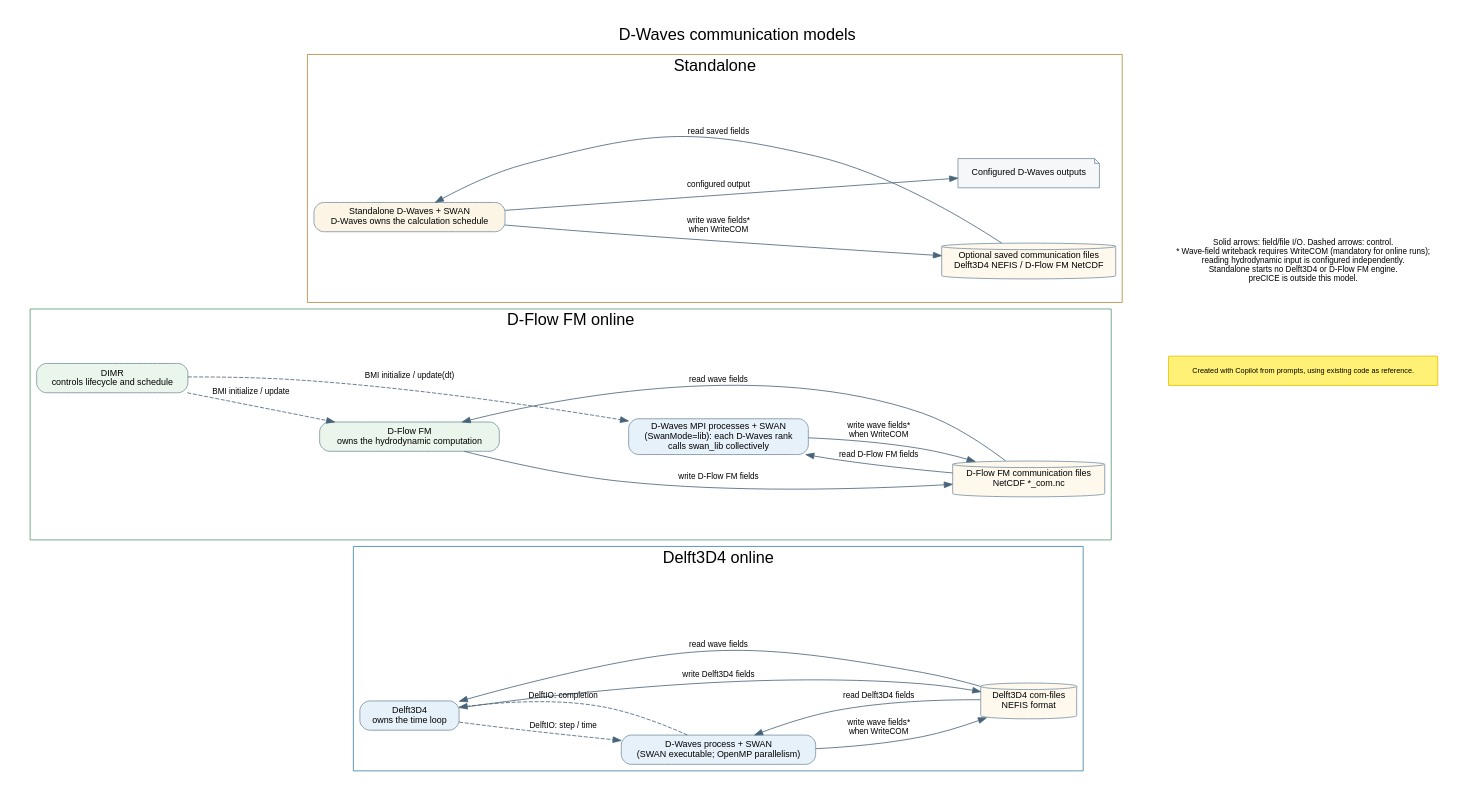
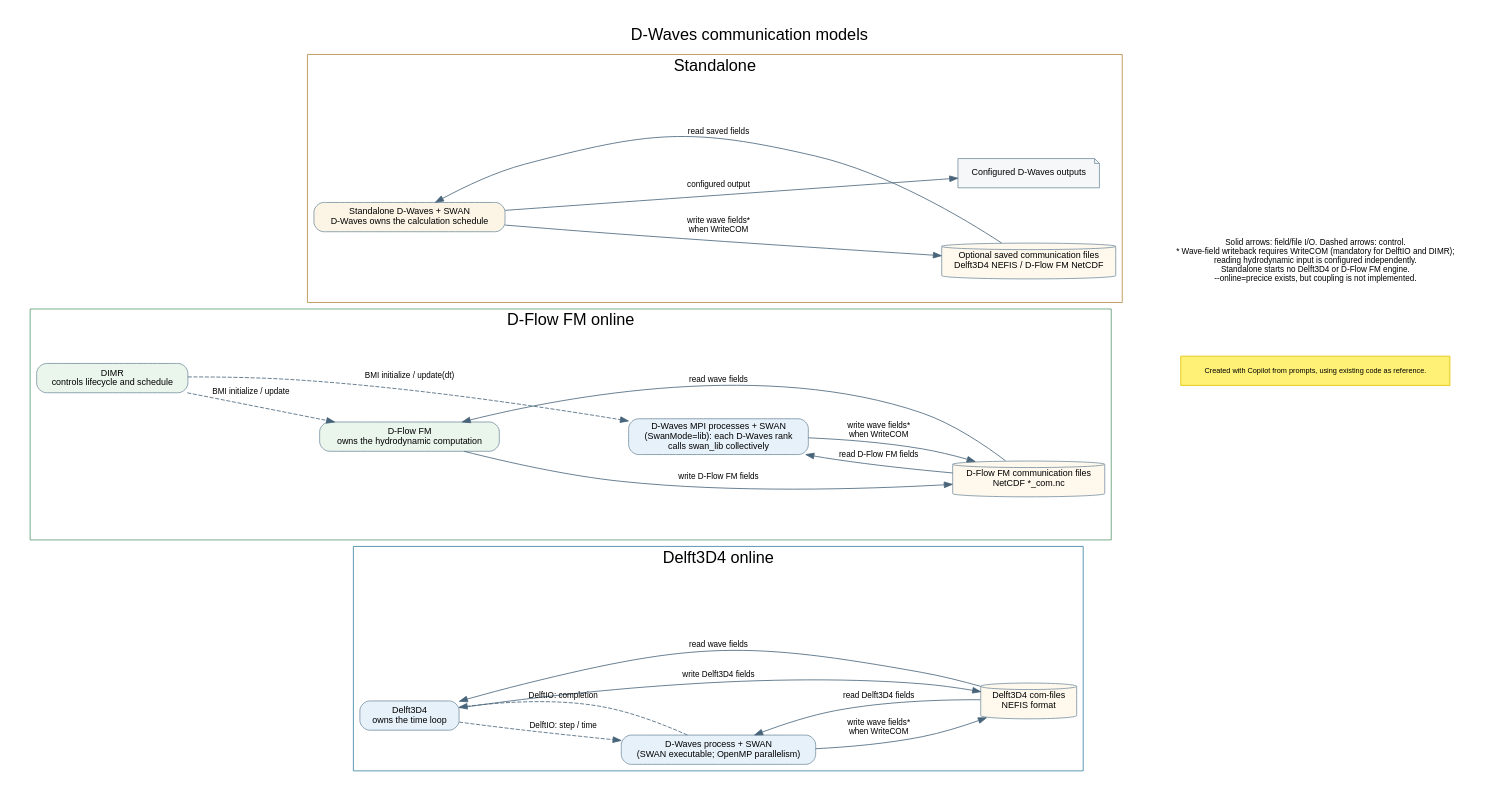
The diagram in src/engines_gpl/wave/docs/include/dwaves_communication_model.dot (Deltares/Delft3D), drawn with Graphviz before and after one commit. The commit also changed 9 other files, not shown here.

```diff
--- a/src/engines_gpl/wave/docs/include/dwaves_communication_model.dot
+++ b/src/engines_gpl/wave/docs/include/dwaves_communication_model.dot
@@ -1,69 +1,69 @@
 digraph dwaves_communication_model {
     graph [label="D-Waves communication models", labelloc=t, fontsize=20,
            fontname="Helvetica", rankdir=LR, newrank=true, nodesep=0.6, ranksep=0.65,
            pad=0.3, bgcolor="white"];
     node [shape=box, style="rounded,filled", fillcolor="#E7F1FA",
           color="#7890A2", fontname="Helvetica", fontsize=11];
     edge [fontname="Helvetica", fontsize=10, color="#48647A"];
 
     subgraph cluster_d4 {
         label="Delft3D4 online"; color="#3B82A0";
         d4 [label="Delft3D4\nowns the time loop"];
         w4 [label="D-Waves process + SWAN\n(SWAN executable; OpenMP parallelism)"];
         c4 [shape=cylinder, fillcolor="#FFF9ED",
             label="Delft3D4 com-files\nNEFIS format"];
         d4 -> w4 [style=dashed, label="DelftIO: step / time", constraint=false];
         w4 -> d4 [style=dashed, label="DelftIO: completion", constraint=false];
         d4 -> c4 [label="write Delft3D4 fields"];
         c4 -> w4 [label="read Delft3D4 fields", constraint=false];
         w4 -> c4 [label="write wave fields*\nwhen WriteCOM"];
         c4 -> d4 [label="read wave fields", constraint=false];
     }
 
     subgraph cluster_fm {
         label="D-Flow FM online"; color="#5A9A72";
         dimr [fillcolor="#EAF5EC",
               label="DIMR\ncontrols lifecycle and schedule"];
         fm [fillcolor="#EAF5EC",
             label="D-Flow FM\nowns the hydrodynamic computation"];
         wf [label="D-Waves MPI processes + SWAN\n(SwanMode=lib): each D-Waves rank\ncalls swan_lib collectively"];
         cf [shape=cylinder, fillcolor="#FFF9ED",
             label="D-Flow FM communication files\nNetCDF *_com.nc"];
         dimr -> fm [style=dashed, label="BMI initialize / update"];
         dimr -> wf [style=dashed, label="BMI initialize / update(dt)"];
         fm -> cf [label="write D-Flow FM fields"];
         cf -> wf [label="read D-Flow FM fields", constraint=false];
         wf -> cf [label="write wave fields*\nwhen WriteCOM"];
         cf -> fm [label="read wave fields", constraint=false];
     }
 
     subgraph cluster_solo {
         label="Standalone"; color="#B28B42";
         ws [fillcolor="#FCF5E6",
             label="Standalone D-Waves + SWAN\nD-Waves owns the calculation schedule"];
         cs [shape=cylinder, fillcolor="#FFF9ED",
             label="Optional saved communication files\nDelft3D4 NEFIS / D-Flow FM NetCDF"];
         os [shape=note, fillcolor="#F5F7F8", label="Configured D-Waves outputs"];
         cs -> ws [label="read saved fields", constraint=false];
         ws -> cs [label="write wave fields*\nwhen WriteCOM"];
         ws -> os [label="configured output"];
     }
 
     {rank=min; dimr;}
     {rank=same; d4; fm; ws;}
     {rank=same; w4; wf;}
     {rank=same; c4; cf; cs; os;}
     d4 -> w4 [style=invis, weight=30];
     fm -> wf [style=invis, weight=30];
     w4 -> wf [style=invis, weight=30];
 
     legend [shape=plaintext, style="", fontsize=10,
-            label="Solid arrows: field/file I/O. Dashed arrows: control.\n* Wave-field writeback requires WriteCOM (mandatory for online runs);\nreading hydrodynamic input is configured independently.\nStandalone starts no Delft3D4 or D-Flow FM engine.\npreCICE is outside this model."];
+            label="Solid arrows: field/file I/O. Dashed arrows: control.\n* Wave-field writeback requires WriteCOM (mandatory for DelftIO and DIMR);\nreading hydrodynamic input is configured independently.\nStandalone starts no Delft3D4 or D-Flow FM engine.\n--online=precice exists, but coupling is not implemented."];
     cs -> legend [style=invis];
 
     diagram_credit [shape=box, style=filled, fillcolor="#FFF176", color="#E0C200",
                     fontname="Helvetica", fontsize=9, margin="0.12,0.06",
                     label="Created with Copilot from prompts, using existing code as reference."];
     {rank=sink; legend; diagram_credit;}
     legend -> diagram_credit [style=invis];
 }
```
